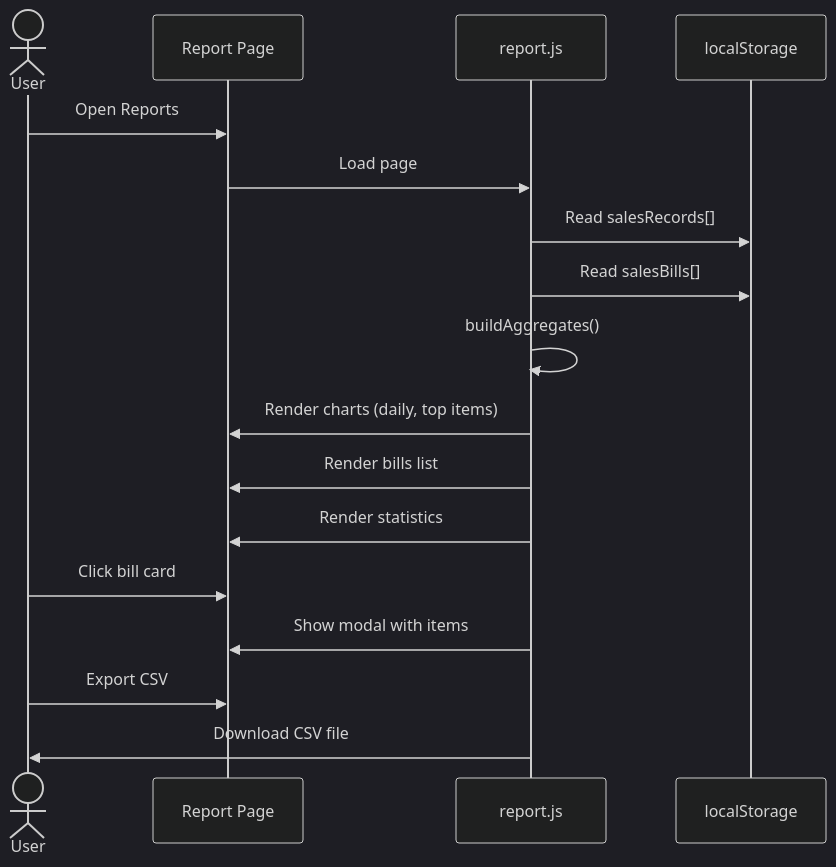
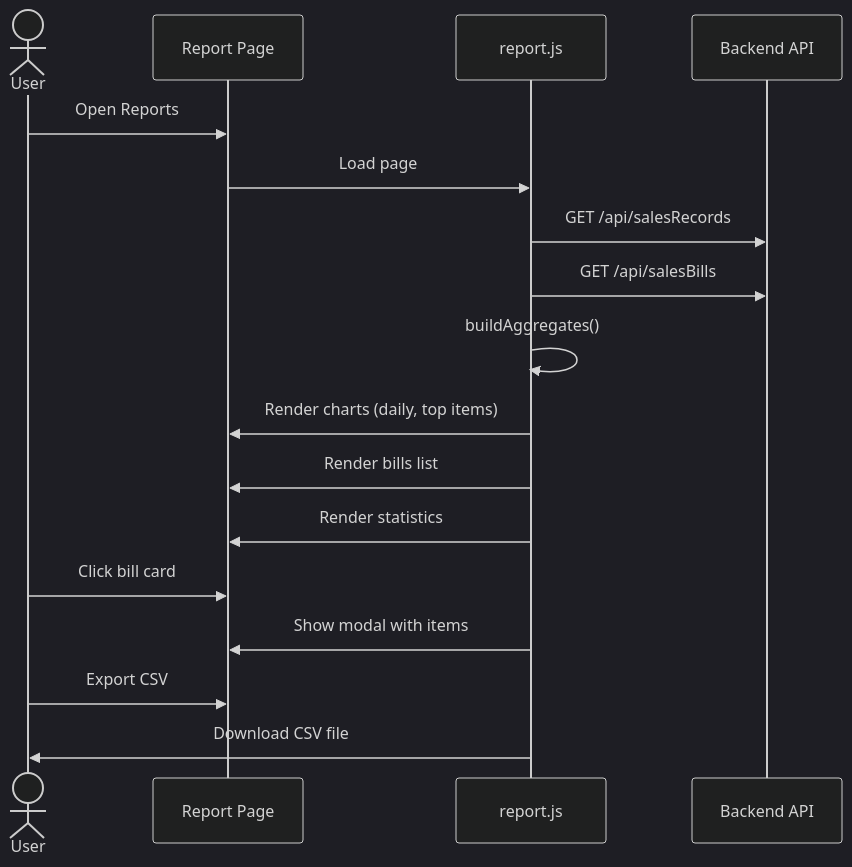
The fourth of 6 diagrams in docs/ARCHITECTURE.md (Alrayyanumar56/Cafeteria-Mangement-System), drawn with Mermaid (dark theme) before and after one commit. The commit also changed other lines of this file and 1 other file, not shown here.

````diff
--- a/docs/ARCHITECTURE.md
+++ b/docs/ARCHITECTURE.md
@@ -155,20 +148,20 @@
 ```mermaid
 sequenceDiagram
     actor User
     participant Report as Report Page
     participant ReportJS as report.js
-    participant LocalStorage as localStorage
+    participant Backend as Backend API
     
     User->>Report: Open Reports
     Report->>ReportJS: Load page
-    ReportJS->>LocalStorage: Read salesRecords[]
-    ReportJS->>LocalStorage: Read salesBills[]
+    ReportJS->>Backend: GET /api/salesRecords
+    ReportJS->>Backend: GET /api/salesBills
     ReportJS->>ReportJS: buildAggregates()
     ReportJS->>Report: Render charts (daily, top items)
     ReportJS->>Report: Render bills list
     ReportJS->>Report: Render statistics
     User->>Report: Click bill card
     ReportJS->>Report: Show modal with items
     User->>Report: Export CSV
     ReportJS->>User: Download CSV file
 ```
````
